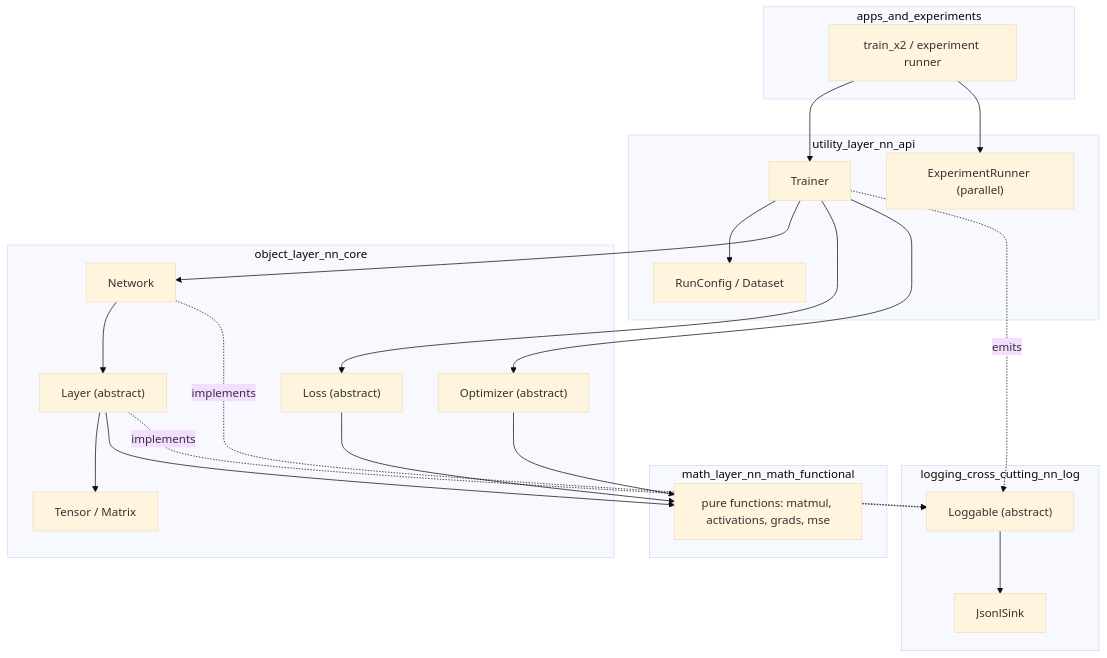
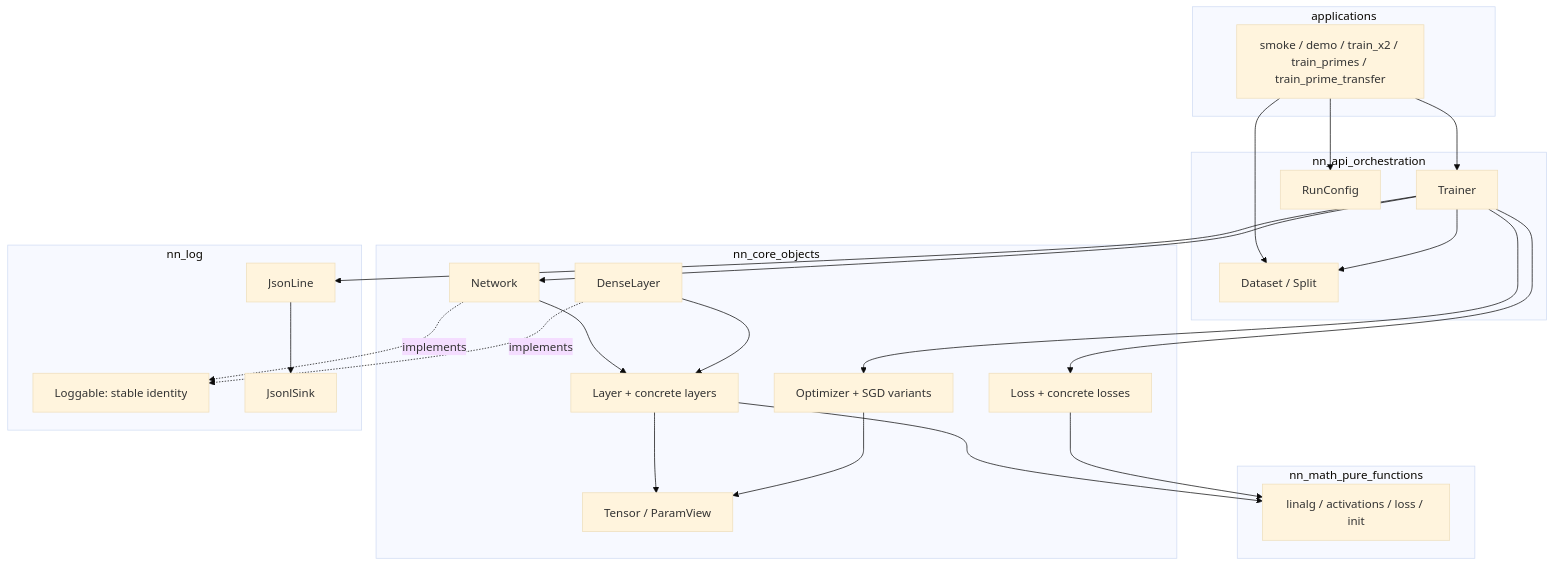
One commit to johnafin1/simple-nn-visualisation changed the first of 2 diagrams in docs/ARCHITECTURE.md. Above: the diagram before and after it, drawn with Mermaid (base theme). The commit also changed other lines of this file and 52 other files, not shown here.

````diff
--- a/docs/ARCHITECTURE.md
+++ b/docs/ARCHITECTURE.md
@@ -9,41 +9,49 @@
 ```mermaid
 flowchart TD
-  subgraph apps [apps_and_experiments]
-    Exp["train_x2 / experiment runner"]
+  subgraph apps [applications]
+    App["smoke / demo / train_x2 / train_primes / train_prime_transfer"]
   end
-  subgraph util [utility_layer_nn_api]
+
+  subgraph api [nn_api_orchestration]
     Trainer["Trainer"]
-    Runner["ExperimentRunner (parallel)"]
-    Config["RunConfig / Dataset"]
+    Config["RunConfig"]
+    Dataset["Dataset / Split"]
   end
-  subgraph obj [object_layer_nn_core]
-    Net["Network"]
-    Layer["Layer (abstract)"]
-    Loss["Loss (abstract)"]
-    Opt["Optimizer (abstract)"]
-    Tensor["Tensor / Matrix"]
+
+  subgraph core [nn_core_objects]
+    Network["Network"]
+    Layer["Layer + concrete layers"]
+    Dense["DenseLayer"]
+    Loss["Loss + concrete losses"]
+    Optimizer["Optimizer + SGD variants"]
+    Tensor["Tensor / ParamView"]
   end
-  subgraph math [math_layer_nn_math_functional]
-    Ops["pure functions: matmul, activations, grads, mse"]
+
+  subgraph math [nn_math_pure_functions]
+    Ops["linalg / activations / loss / init"]
   end
-  subgraph log [logging_cross_cutting_nn_log]
-    Loggable["Loggable (abstract)"]
+
+  subgraph log [nn_log]
+    Loggable["Loggable: stable identity"]
+    JsonLine["JsonLine"]
     Sink["JsonlSink"]
   end
 
-  Exp --> Trainer
-  Exp --> Runner
-  Trainer --> Config
-  Trainer --> Net
-  Net --> Layer
+  App --> Trainer
+  App --> Config
+  App --> Dataset
+  Trainer --> Network
   Trainer --> Loss
-  Trainer --> Opt
+  Trainer --> Optimizer
+  Trainer --> Dataset
+  Network --> Layer
+  Dense --> Layer
   Layer --> Tensor
   Layer --> Ops
   Loss --> Ops
-  Opt --> Ops
-  Trainer -.emits.-> Loggable
-  Net -.implements.-> Loggable
-  Layer -.implements.-> Loggable
-  Loggable --> Sink
+  Optimizer --> Tensor
+  Network -.implements.-> Loggable
+  Dense -.implements.-> Loggable
+  Trainer --> JsonLine
+  JsonLine --> Sink
 ```
````
